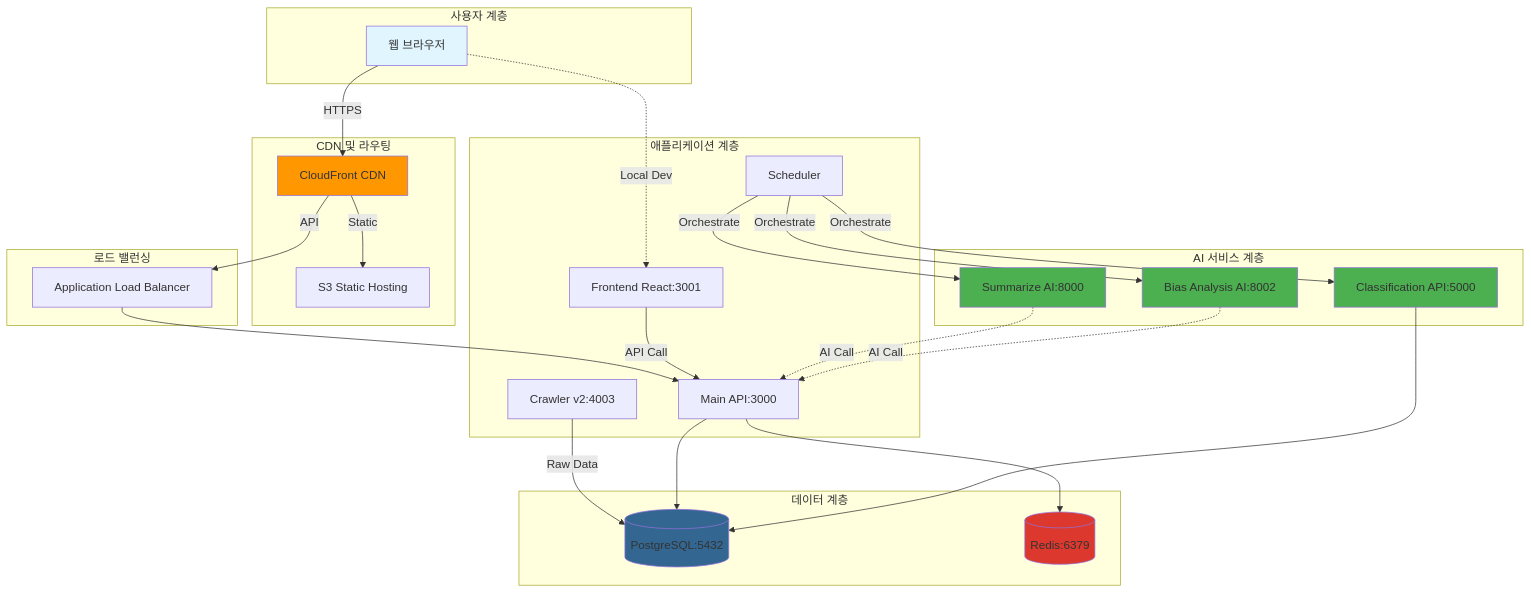
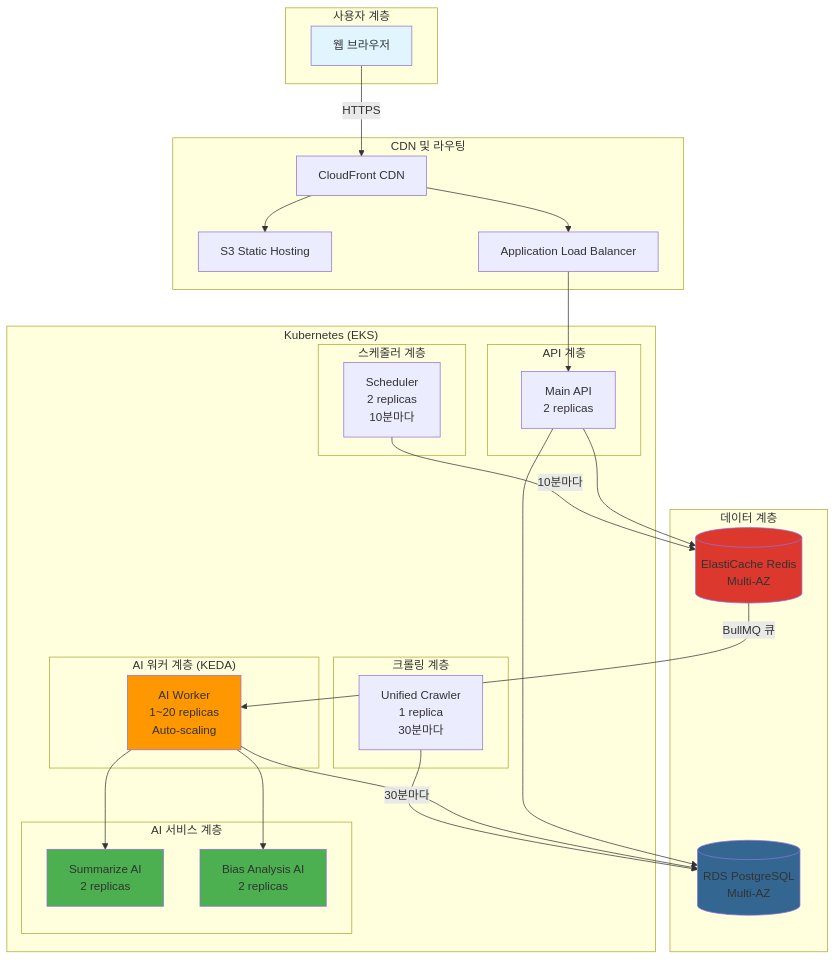
The first of 5 diagrams in docs/02_시스템_아키텍처.md (poungkee/my_fans), drawn with Mermaid before and after one commit. The commit also changed other lines of this file and 56 other files, not shown here.

````diff
--- a/docs/02_시스템_아키텍처.md
+++ b/docs/02_시스템_아키텍처.md
@@ -28,59 +28,62 @@
 ```mermaid
 graph TB
     subgraph "사용자 계층"
         U[웹 브라우저]
     end
 
     subgraph "CDN 및 라우팅"
         CF[CloudFront CDN]
         S3[S3 Static Hosting]
-    end
-
-    subgraph "로드 밸런싱"
         ALB[Application Load Balancer]
     end
 
-    subgraph "애플리케이션 계층"
-        FE[Frontend React:3001]
-        API[Main API:3000]
-        CW[Crawler v2:4003]
-        SCH[Scheduler]
-    end
+    subgraph "Kubernetes (EKS)"
+        subgraph "API 계층"
+            API[Main API<br/>2 replicas]
+        end
 
-    subgraph "AI 서비스 계층"
-        SUM[Summarize AI:8000]
-        BIAS[Bias Analysis AI:8002]
-        CLS[Classification API:5000]
+        subgraph "크롤링 계층"
+            CRAWLER[Unified Crawler<br/>1 replica<br/>30분마다]
+        end
+
+        subgraph "스케줄러 계층"
+            SCHEDULER[Scheduler<br/>2 replicas<br/>10분마다]
+        end
+
+        subgraph "AI 워커 계층 (KEDA)"
+            WORKER[AI Worker<br/>1~20 replicas<br/>Auto-scaling]
+        end
+
+        subgraph "AI 서비스 계층"
+            SUM[Summarize AI<br/>2 replicas]
+            BIAS[Bias Analysis AI<br/>2 replicas]
+        end
     end
 
     subgraph "데이터 계층"
-        PG[(PostgreSQL:5432)]
-        RD[(Redis:6379)]
+        RDS[(RDS PostgreSQL<br/>Multi-AZ)]
+        REDIS[(ElastiCache Redis<br/>Multi-AZ)]
     end
 
     U -->|HTTPS| CF
-    CF -->|Static| S3
-    CF -->|API| ALB
+    CF --> S3
+    CF --> ALB
     ALB --> API
-    U -.Local Dev.-> FE
-    FE -->|API Call| API
 
-    CW -->|Raw Data| PG
-    SCH -->|Orchestrate| CLS
-    SCH -->|Orchestrate| SUM
-    SCH -->|Orchestrate| BIAS
+    CRAWLER -->|30분마다| RDS
+    SCHEDULER -->|10분마다| REDIS
+    REDIS -->|BullMQ 큐| WORKER
+    WORKER --> SUM
+    WORKER --> BIAS
+    WORKER --> RDS
 
-    API --> PG
-    API --> RD
-    CLS --> PG
-    SUM -.AI Call.-> API
-    BIAS -.AI Call.-> API
+    API --> RDS
+    API --> REDIS
 
     style U fill:#e1f5ff
-    style CF fill:#ff9800
-    style PG fill:#336791
-    style RD fill:#dc382d
+    style WORKER fill:#ff9800
+    style RDS fill:#336791
+    style REDIS fill:#dc382d
     style SUM fill:#4caf50
     style BIAS fill:#4caf50
-    style CLS fill:#4caf50
 ```
````
